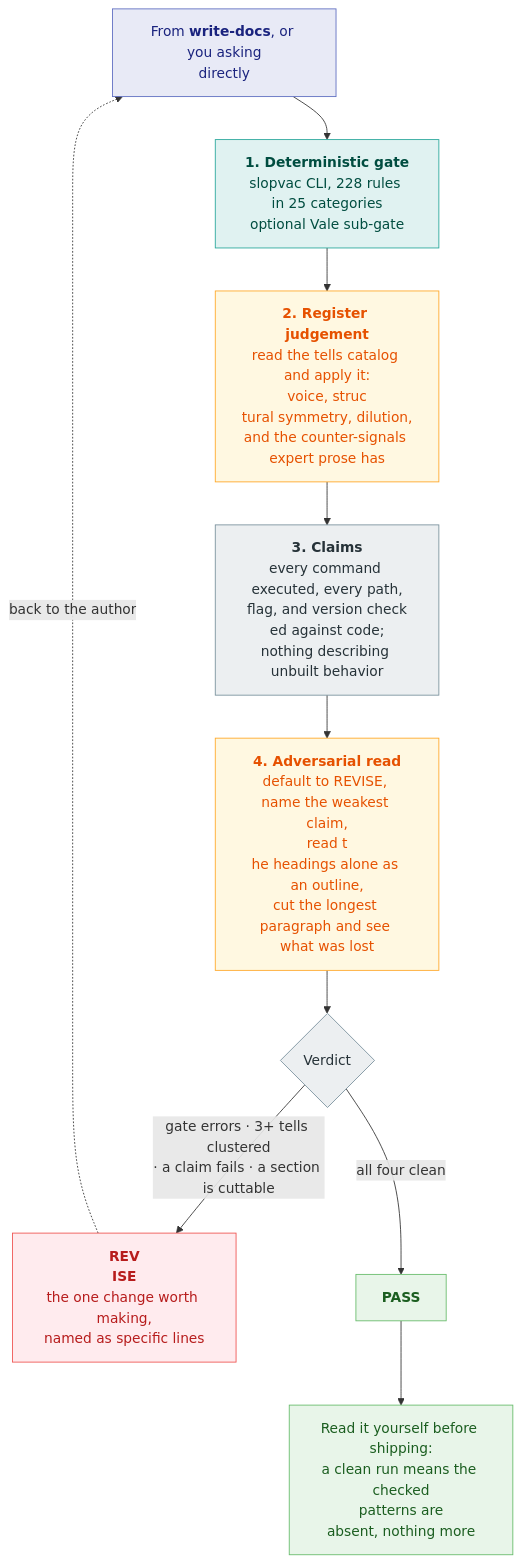
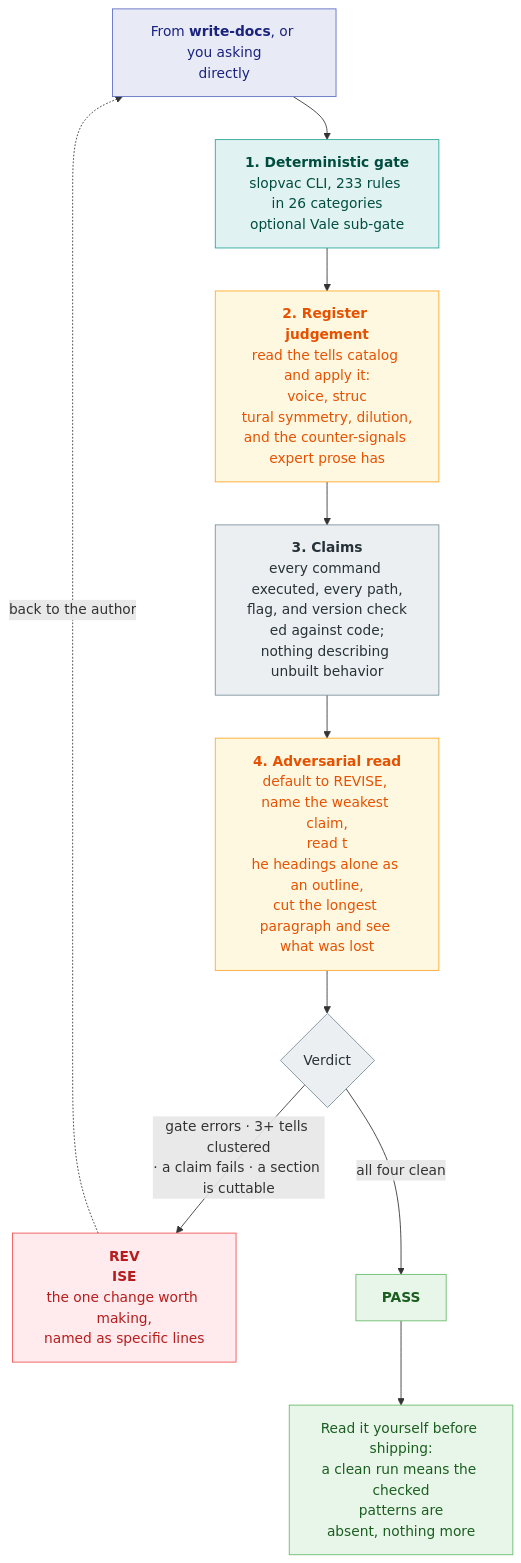
Before and after one commit to srobroek/slopvac: the second of 2 diagrams in README.md, drawn with Mermaid. The commit also changed other lines of this file and 2 other files, not shown here.

````diff
--- a/README.md
+++ b/README.md
@@ -106,41 +106,41 @@
 ```mermaid
 flowchart TD
     IN["From <b>write-docs</b>, or you asking<br/>directly"]
 
     IN --> GATE
 
-    GATE["<b>1. Deterministic gate</b><br/>slopvac CLI, 228 rules in 25 categories<br/>optional Vale sub-gate"]
+    GATE["<b>1. Deterministic gate</b><br/>slopvac CLI, 233 rules in 26 categories<br/>optional Vale sub-gate"]
 
     GATE --> REG["<b>2. Register judgement</b><br/>read the tells catalog and apply it:<br/>voice, struc
 tural symmetry, dilution,<br/>and the counter-signals expert prose has"]
 
     REG --> CLAIMS["<b>3. Claims</b><br/>every command executed, every path,<br/>flag, and version check
 ed against code;<br/>nothing describing unbuilt behavior"]
 
     CLAIMS --> CUT["<b>4. Adversarial read</b><br/>default to REVISE, name the weakest claim,<br/>read t
 he headings alone as an outline,<br/>cut the longest paragraph and see what was lost"]
 
     CUT --> V{"Verdict"}
 
     V -->|"gate errors · 3+ tells clustered<br/>· a claim fails · a section is cuttable"| REVISE["<b>REV
 ISE</b><br/>the one change worth making,<br/>named as specific lines"]
     V -->|"all four clean"| PASS["<b>PASS</b>"]
 
     REVISE -.->|back to the author| IN
     PASS --> SHIP["Read it yourself before shipping:<br/>a clean run means the checked<br/>patterns are
 absent, nothing more"]
 
     classDef you fill:#e8eaf6,stroke:#5c6bc0,color:#1a237e
     classDef det fill:#e0f2f1,stroke:#26a69a,color:#004d40
     classDef jud fill:#fff8e1,stroke:#ffa726,color:#e65100
     classDef work fill:#eceff1,stroke:#78909c,color:#263238
     classDef bad fill:#ffebee,stroke:#ef5350,color:#b71c1c
     classDef good fill:#e8f5e9,stroke:#66bb6a,color:#1b5e20
 
     class IN you
     class GATE det
     class REG,CUT jud
     class CLAIMS,V work
     class REVISE bad
     class PASS,SHIP good
 ```
````
